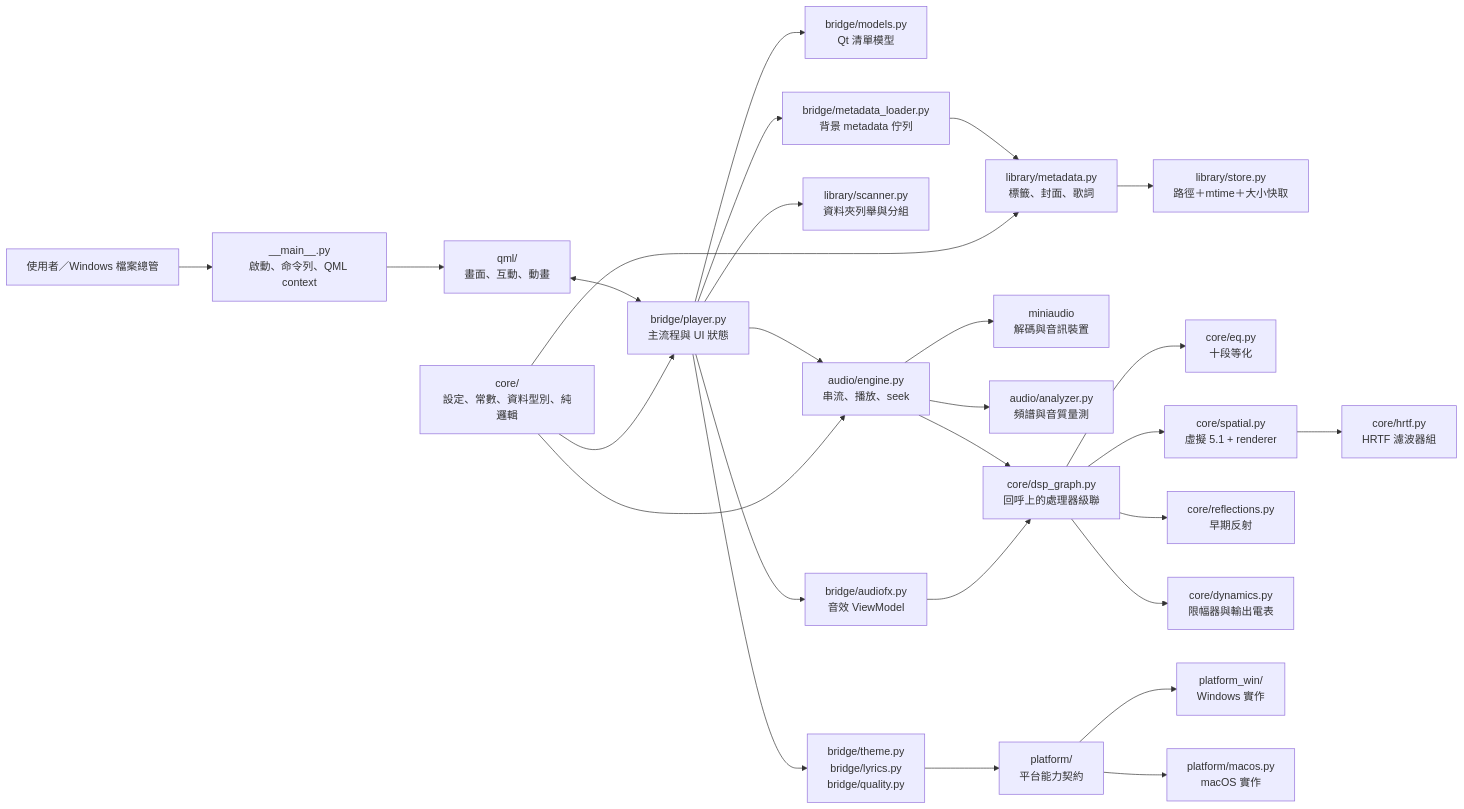
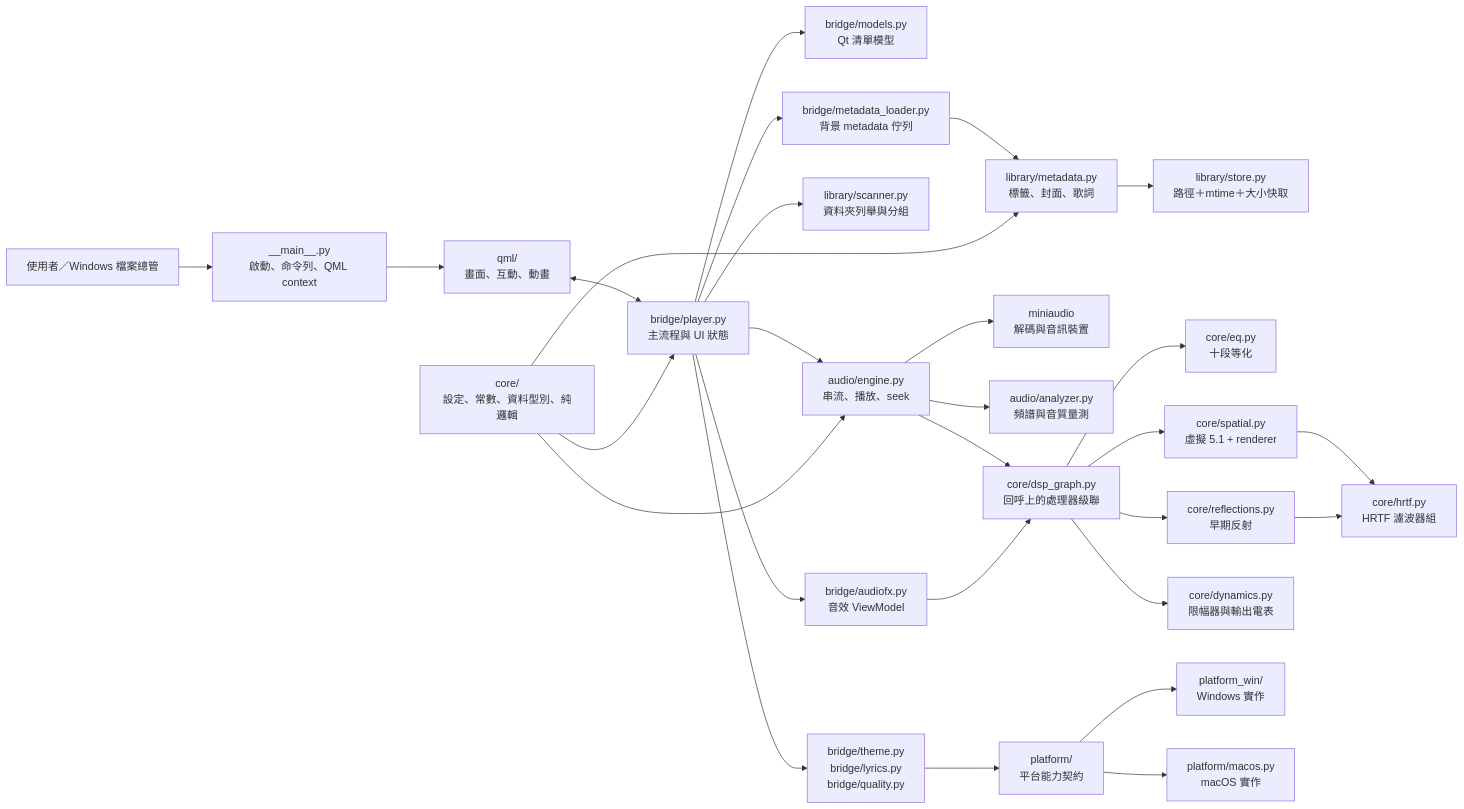
One commit to waydefu/MUSIC changed the first of 3 diagrams in ARCHITECTURE.md. Above: the diagram before and after it, drawn with Mermaid. The commit also changed other lines of this file and 9 other files, not shown here.

````diff
--- a/ARCHITECTURE.md
+++ b/ARCHITECTURE.md
@@ -7,33 +7,34 @@
 ```mermaid
 flowchart LR
     User["使用者／Windows 檔案總管"] --> Entry["__main__.py<br/>啟動、命令列、QML context"]
     Entry --> QML["qml/<br/>畫面、互動、動畫"]
     QML <--> Player["bridge/player.py<br/>主流程與 UI 狀態"]
 
     Player --> Models["bridge/models.py<br/>Qt 清單模型"]
     Player --> Loader["bridge/metadata_loader.py<br/>背景 metadata 佇列"]
     Loader --> Metadata["library/metadata.py<br/>標籤、封面、歌詞"]
     Metadata --> Cache["library/store.py<br/>路徑＋mtime＋大小快取"]
     Player --> Scanner["library/scanner.py<br/>資料夾列舉與分組"]
 
     Player --> Engine["audio/engine.py<br/>串流、播放、seek"]
     Engine --> Miniaudio["miniaudio<br/>解碼與音訊裝置"]
     Engine --> Analyzer["audio/analyzer.py<br/>頻譜與音質量測"]
     Engine --> Graph["core/dsp_graph.py<br/>回呼上的處理器級聯"]
     Graph --> Eq["core/eq.py<br/>十段等化"]
     Graph --> Spatial["core/spatial.py<br/>虛擬 5.1 + renderer"]
     Graph --> Reflect["core/reflections.py<br/>早期反射"]
     Graph --> Dyn["core/dynamics.py<br/>限幅器與輸出電表"]
     Spatial --> Hrtf["core/hrtf.py<br/>HRTF 濾波器組"]
+    Reflect --> Hrtf
 
     Player --> Fx["bridge/audiofx.py<br/>音效 ViewModel"]
     Fx --> Graph
     Player --> ViewModels["bridge/theme.py<br/>bridge/lyrics.py<br/>bridge/quality.py"]
     ViewModels --> Adapter["platform/<br/>平台能力契約"]
     Adapter --> Win["platform_win/<br/>Windows 實作"]
     Adapter --> Mac["platform/macos.py<br/>macOS 實作"]
 
     Core["core/<br/>設定、常數、資料型別、純邏輯"] --> Player
     Core --> Engine
     Core --> Metadata
 ```
````
